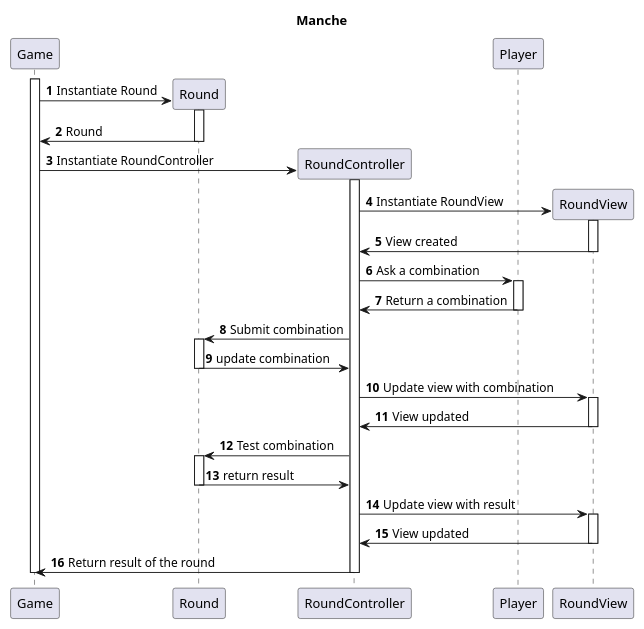
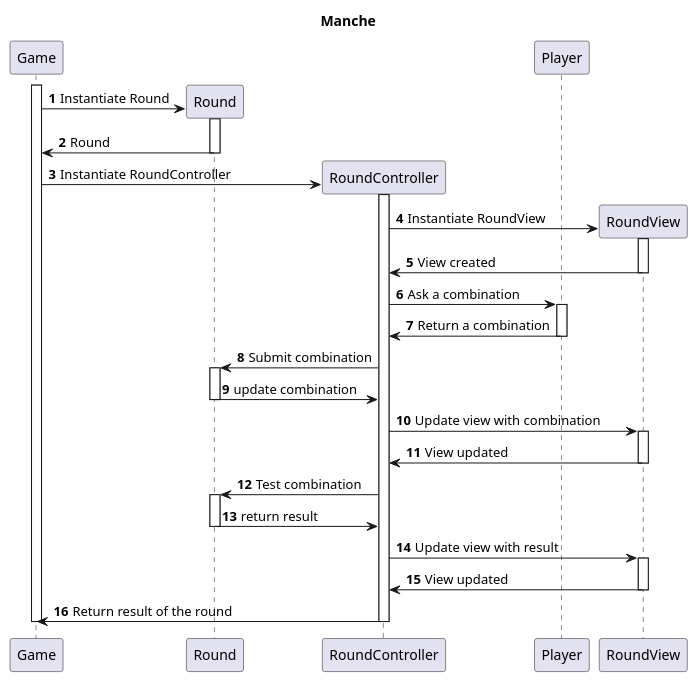
The diagram in Writerside/topics/Description-de-la-manche.md (Earth-Wind-and-Fire/AP4B_Report), drawn with PlantUML before and after one commit. The commit also changed 3 other files, not shown here.

First line of the commit message:
Adjust PlantUML diagram scaling for better readability.

````diff
--- a/Writerside/topics/Description-de-la-manche.md
+++ b/Writerside/topics/Description-de-la-manche.md
@@ -24,65 +24,64 @@
 ```plantuml
 @startuml
 'https://plantuml.com/sequence-diagram
-scale 0.92
 
 title Manche
 autonumber
 
 participant "Game" as Game
 participant "Round" as Round
 participant "RoundController" as RoundController
 participant "Player" as Player
 participant "RoundView" as RoundView
 
 ' Create Game and Round
 activate Game
 create Round
 Game -> Round: Instantiate Round
 activate Round
 Round -> Game: Round
 deactivate Round
 
 create RoundController
 Game -> RoundController: Instantiate RoundController
 activate RoundController
 
 create RoundView
 RoundController -> RoundView: Instantiate RoundView
 activate RoundView
 RoundView -> RoundController: View created
 deactivate RoundView
 
 RoundController -> Player: Ask a combination
 activate Player
 
 Player -> RoundController: Return a combination
 deactivate Player
 RoundController -> Round: Submit combination
 activate Round
 Round -> RoundController: update combination
 deactivate Round
 
 RoundController -> RoundView: Update view with combination
 activate RoundView
 RoundView -> RoundController: View updated
 deactivate RoundView
 
 RoundController -> Round: Test combination
 activate Round
 Round -> RoundController: return result
 deactivate Round
 
 RoundController -> RoundView: Update view with result
 activate RoundView
 RoundView -> RoundController: View updated
 deactivate RoundView
 
 RoundController -> Game: Return result of the round
 deactivate RoundController
 deactivate Game
 
 
 
 @enduml
 ```
````
